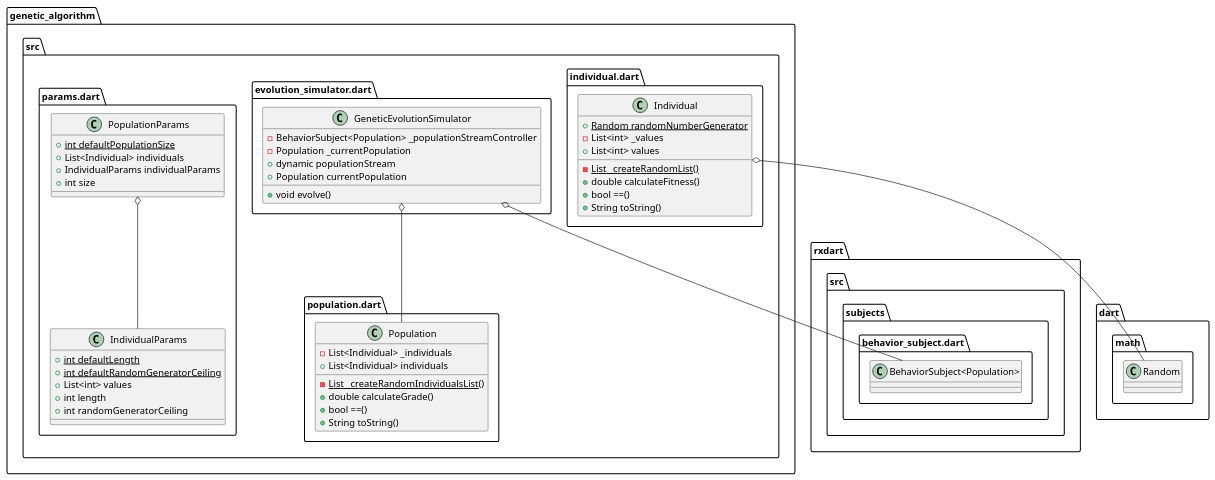
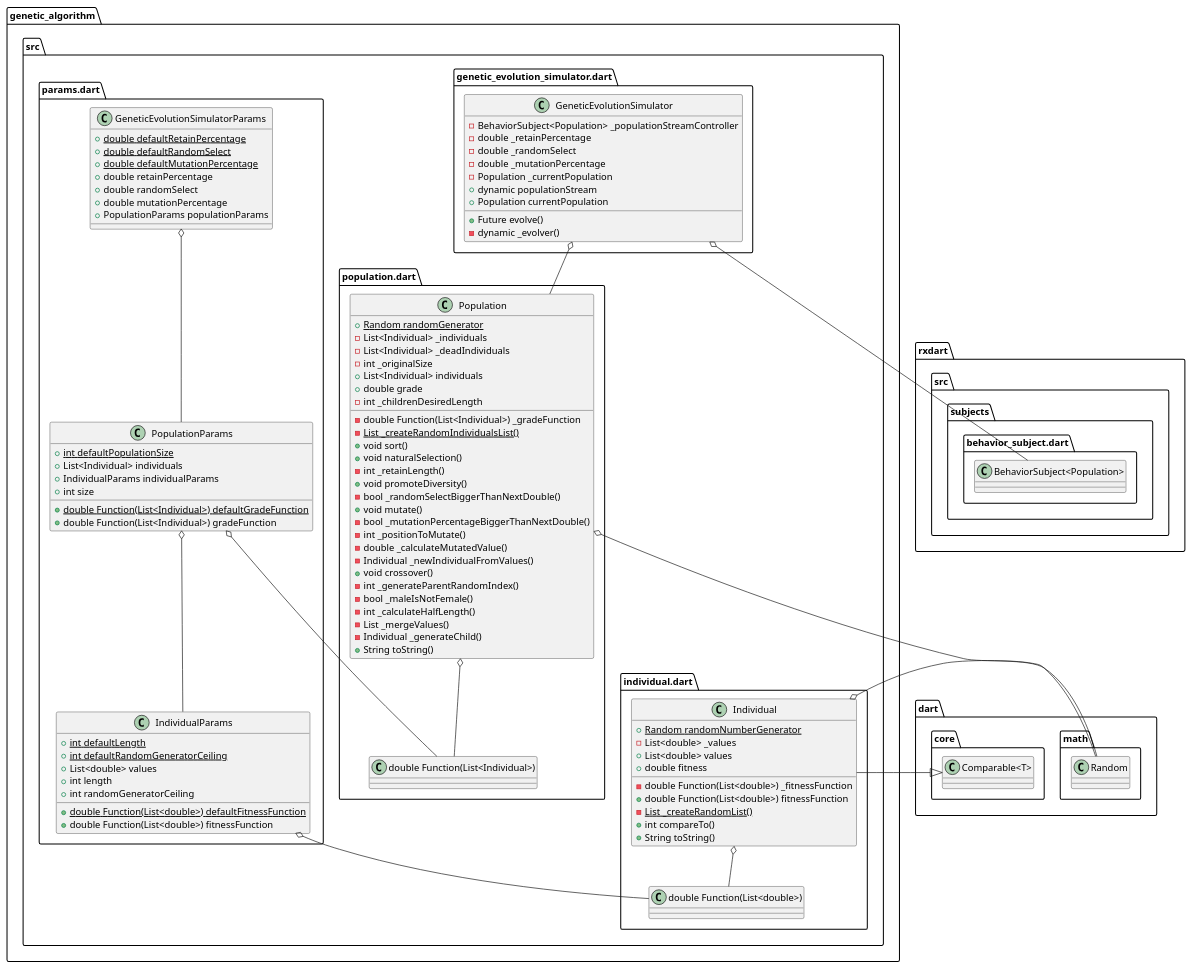
One commit to psygo/dart_katas changed the diagram in katas/genetic_algorithm/genetic_algorithm.puml. Above: the diagram before and after it, drawn with PlantUML. The commit also changed 1 other file, not shown here.

Commit message:
removed collection from dependencies to dev_dependencies | uml | fixes #1

```diff
--- a/katas/genetic_algorithm/genetic_algorithm.puml
+++ b/katas/genetic_algorithm/genetic_algorithm.puml
@@ -1,54 +1,104 @@
 @startuml genetic_algorithm
 set namespaceSeparator ::
 
-class "genetic_algorithm::src::evolution_simulator.dart::GeneticEvolutionSimulator" {
+class "genetic_algorithm::src::genetic_evolution_simulator.dart::GeneticEvolutionSimulator" {
   -BehaviorSubject<Population> _populationStreamController
+  -double _retainPercentage
+  -double _randomSelect
+  -double _mutationPercentage
   -Population _currentPopulation
   +dynamic populationStream
   +Population currentPopulation
-  +void evolve()
+  +Future evolve()
+  -dynamic _evolver()
 }
 
-"genetic_algorithm::src::evolution_simulator.dart::GeneticEvolutionSimulator" o-- "rxdart::src::subjects::behavior_subject.dart::BehaviorSubject<Population>"
-"genetic_algorithm::src::evolution_simulator.dart::GeneticEvolutionSimulator" o-- "genetic_algorithm::src::population.dart::Population"
+"genetic_algorithm::src::genetic_evolution_simulator.dart::GeneticEvolutionSimulator" o-- "rxdart::src::subjects::behavior_subject.dart::BehaviorSubject<Population>"
+"genetic_algorithm::src::genetic_evolution_simulator.dart::GeneticEvolutionSimulator" o-- "genetic_algorithm::src::population.dart::Population"
 
 class "genetic_algorithm::src::individual.dart::Individual" {
   {static} +Random randomNumberGenerator
-  -List<int> _values
-  +List<int> values
+  -List<double> _values
+  -double Function(List<double>) _fitnessFunction
+  +List<double> values
+  +double Function(List<double>) fitnessFunction
+  +double fitness
   {static} -List _createRandomList()
-  +double calculateFitness()
-  +bool ==()
+  +int compareTo()
   +String toString()
 }
 
 "genetic_algorithm::src::individual.dart::Individual" o-- "dart::math::Random"
+"genetic_algorithm::src::individual.dart::Individual" o-- "genetic_algorithm::src::individual.dart::double Function(List<double>)"
+"dart::core::Comparable<T>" <|-- "genetic_algorithm::src::individual.dart::Individual"
 
 class "genetic_algorithm::src::params.dart::IndividualParams" {
+  {static} +double Function(List<double>) defaultFitnessFunction
   {static} +int defaultLength
   {static} +int defaultRandomGeneratorCeiling
-  +List<int> values
+  +List<double> values
+  +double Function(List<double>) fitnessFunction
   +int length
   +int randomGeneratorCeiling
 }
 
+"genetic_algorithm::src::params.dart::IndividualParams" o-- "genetic_algorithm::src::individual.dart::double Function(List<double>)"
+
 class "genetic_algorithm::src::params.dart::PopulationParams" {
+  {static} +double Function(List<Individual>) defaultGradeFunction
   {static} +int defaultPopulationSize
   +List<Individual> individuals
+  +double Function(List<Individual>) gradeFunction
   +IndividualParams individualParams
   +int size
 }
 
+"genetic_algorithm::src::params.dart::PopulationParams" o-- "genetic_algorithm::src::population.dart::double Function(List<Individual>)"
 "genetic_algorithm::src::params.dart::PopulationParams" o-- "genetic_algorithm::src::params.dart::IndividualParams"
 
+class "genetic_algorithm::src::params.dart::GeneticEvolutionSimulatorParams" {
+  {static} +double defaultRetainPercentage
+  {static} +double defaultRandomSelect
+  {static} +double defaultMutationPercentage
+  +double retainPercentage
+  +double randomSelect
+  +double mutationPercentage
+  +PopulationParams populationParams
+}
+
+"genetic_algorithm::src::params.dart::GeneticEvolutionSimulatorParams" o-- "genetic_algorithm::src::params.dart::PopulationParams"
+
 class "genetic_algorithm::src::population.dart::Population" {
+  {static} +Random randomGenerator
+  -double Function(List<Individual>) _gradeFunction
   -List<Individual> _individuals
+  -List<Individual> _deadIndividuals
+  -int _originalSize
   +List<Individual> individuals
+  +double grade
+  -int _childrenDesiredLength
   {static} -List _createRandomIndividualsList()
-  +double calculateGrade()
-  +bool ==()
+  +void sort()
+  +void naturalSelection()
+  -int _retainLength()
+  +void promoteDiversity()
+  -bool _randomSelectBiggerThanNextDouble()
+  +void mutate()
+  -bool _mutationPercentageBiggerThanNextDouble()
+  -int _positionToMutate()
+  -double _calculateMutatedValue()
+  -Individual _newIndividualFromValues()
+  +void crossover()
+  -int _generateParentRandomIndex()
+  -bool _maleIsNotFemale()
+  -int _calculateHalfLength()
+  -List _mergeValues()
+  -Individual _generateChild()
   +String toString()
 }
 
+"genetic_algorithm::src::population.dart::Population" o-- "dart::math::Random"
+"genetic_algorithm::src::population.dart::Population" o-- "genetic_algorithm::src::population.dart::double Function(List<Individual>)"
+
 
 @enduml
```
